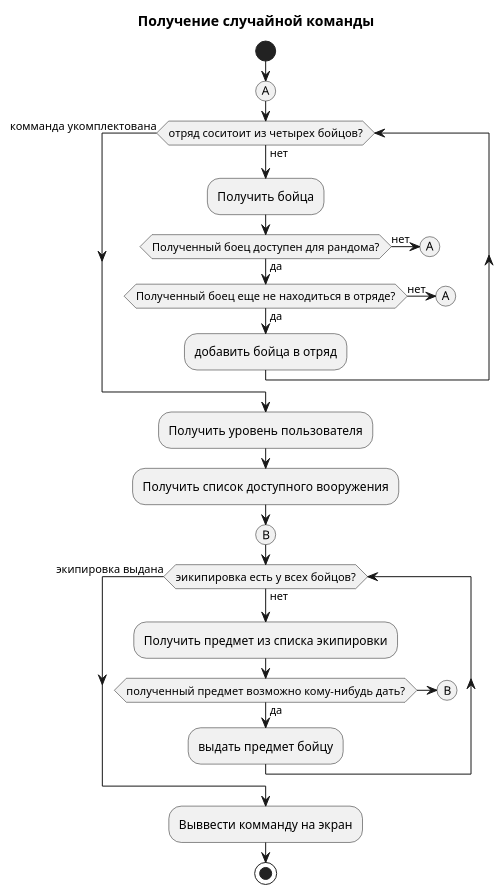
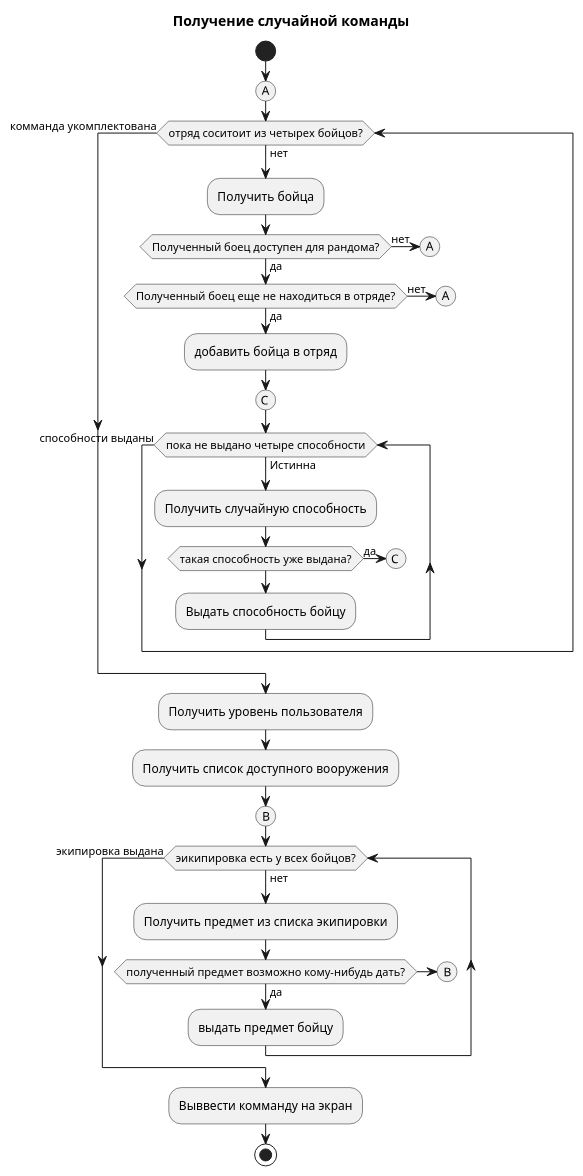
Before and after one commit to raik199x/SDTT: the diagram in SDS/activityDiagram/activity.puml, drawn with PlantUML. The commit also changed 3 other files, not shown here.

```diff
--- a/SDS/activityDiagram/activity.puml
+++ b/SDS/activityDiagram/activity.puml
@@ -1,41 +1,51 @@
 @startuml activity
 
 title Получение случайной команды
 
 start
 
 label start
 (A)
 while (отряд соситоит из четырех бойцов?) is (нет)
     label start
     :Получить бойца;
 
     if (Полученный боец доступен для рандома?) then (да)
         if (Полученный боец еще не находиться в отряде?) then (да)
             :добавить бойца в отряд;
+            (C)
+            while (пока не выдано четыре способности) is (Истинна)
+
+                :Получить случайную способность;
+                if (такая способность уже выдана?) then (да)
+                    (C)
+                endif
+                :Выдать способность бойцу;
+            endwhile (способности выданы)
         else (нет)
             (A)
         endif
     else (нет)
         (A)
     endif
 endwhile (комманда укомплектована)
+
 
 :Получить уровень пользователя;
 :Получить список доступного вооружения;
 (B)
 while (эикипировка есть у всех бойцов?) is (нет)
 
     :Получить предмет из списка экипировки;
 
     if (полученный предмет возможно кому-нибудь дать?) then (да)
         :выдать предмет бойцу;
     else
         (B)
     endif
 
 endwhile (экипировка выдана)
 :Выввести комманду на экран;
 stop
 
 @enduml
```
